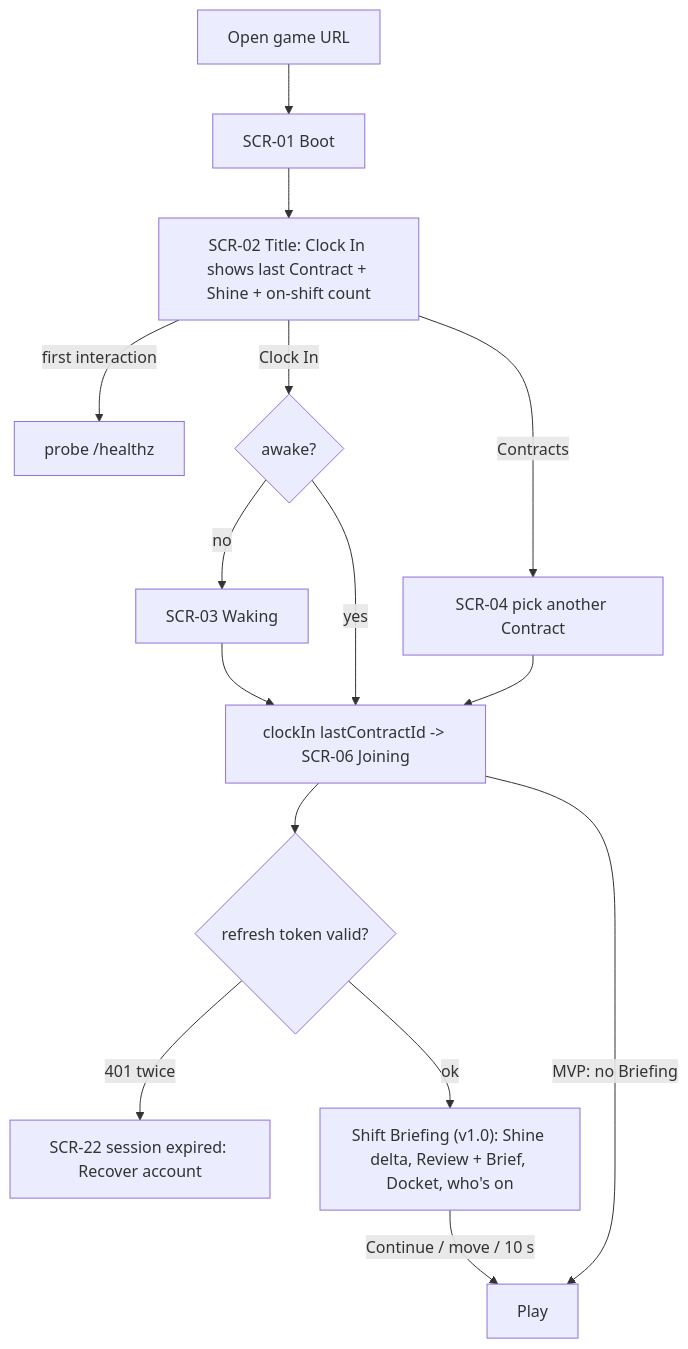
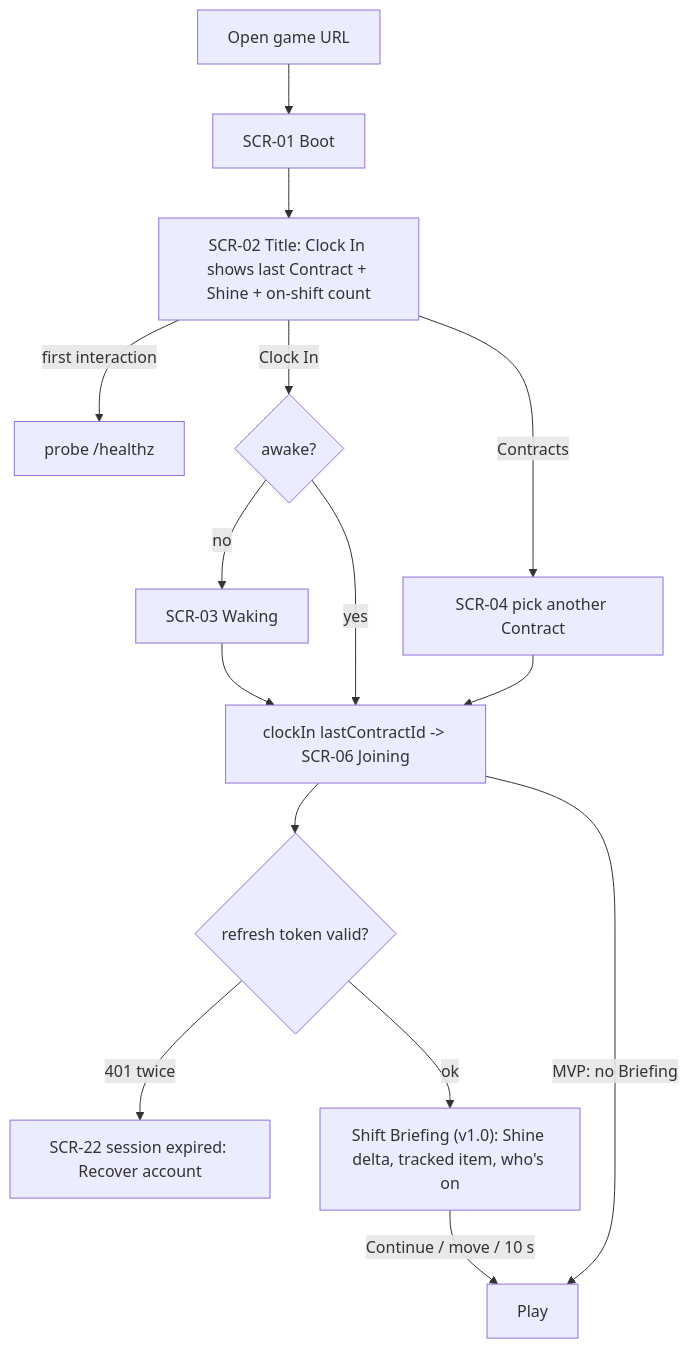
Before and after one commit to ceenguyen05/MoonCleanup: the second of 7 diagrams in docs/design/ui-screens-and-flows.md, drawn with Mermaid. The commit also changed other lines of this file and 47 other files, not shown here.

````diff
--- a/docs/design/ui-screens-and-flows.md
+++ b/docs/design/ui-screens-and-flows.md
@@ -1063,14 +1060,14 @@
 ```mermaid
 flowchart TD
   A["Open game URL"] --> B["SCR-01 Boot"] --> C["SCR-02 Title: Clock In shows last Contract + Shine + on-shift count"]
   C -->|"first interaction"| P["probe /healthz"]
   C -->|"Clock In"| D{"awake?"}
   D -->|"no"| W["SCR-03 Waking"] --> J
   D -->|"yes"| J["clockIn lastContractId -> SCR-06 Joining"]
   C -->|"Contracts"| L["SCR-04 pick another Contract"] --> J
   J --> R{"refresh token valid?"}
   R -->|"401 twice"| RE["SCR-22 session expired: Recover account"]
-  R -->|"ok"| BR["Shift Briefing (v1.0): Shine delta, Review + Brief, Docket, who's on"]
+  R -->|"ok"| BR["Shift Briefing (v1.0): Shine delta, tracked item, who's on"]
   BR -->|"Continue / move / 10 s"| PLAY["Play"]
   J -->|"MVP: no Briefing"| PLAY
 ```
````
